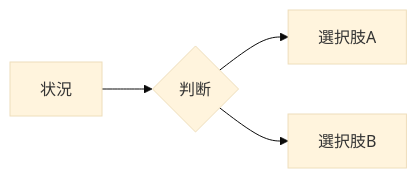
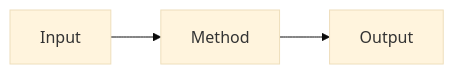
The diagram in .agents/skills/kaggle-research/references/wiki-template.md (morikazu1119/Kagglecture), drawn with Mermaid (base theme) before and after one commit. The commit also changed other lines of this file, not shown here.

````diff
--- a/.agents/skills/kaggle-research/references/wiki-template.md
+++ b/.agents/skills/kaggle-research/references/wiki-template.md
@@ -39,6 +44,5 @@
 ```mermaid
 flowchart LR
-    A[状況] --> B{判断}
-    B --> C[選択肢A]
-    B --> D[選択肢B]
+    A[Input] --> B[Method]
+    B --> C[Output]
 ```
````
